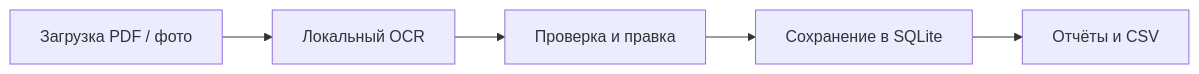
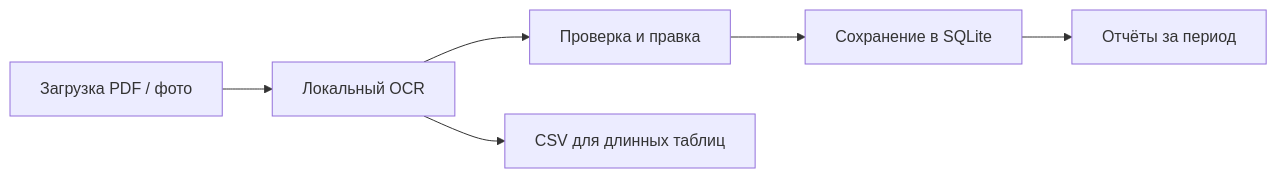
One commit to AmaLS367/InvoiceFlowBot changed the diagram in README.ru.md. Above: the diagram before and after it, drawn with Mermaid. The commit also changed other lines of this file and 37 other files, not shown here.

````diff
--- a/README.ru.md
+++ b/README.ru.md
@@ -44,7 +44,8 @@
 ```mermaid
 graph LR
     A[Загрузка PDF / фото] --> B[Локальный OCR]
     B --> C[Проверка и правка]
     C --> D[Сохранение в SQLite]
-    D --> E[Отчёты и CSV]
+    B --> F[CSV для длинных таблиц]
+    D --> E[Отчёты за период]
 ```
````
